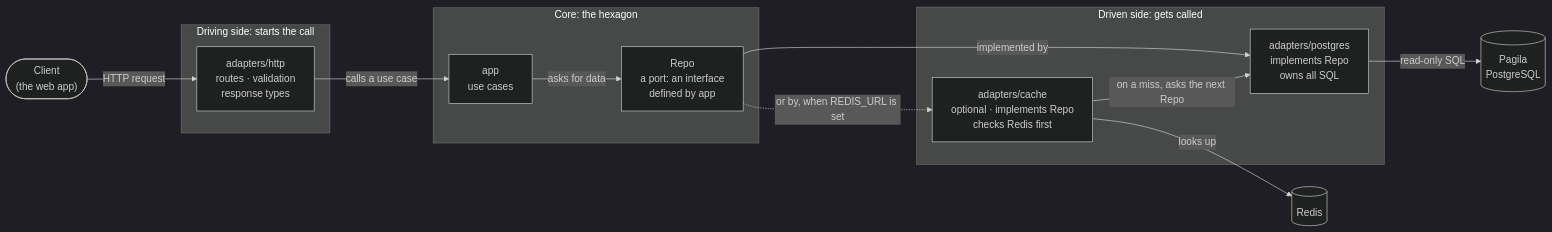
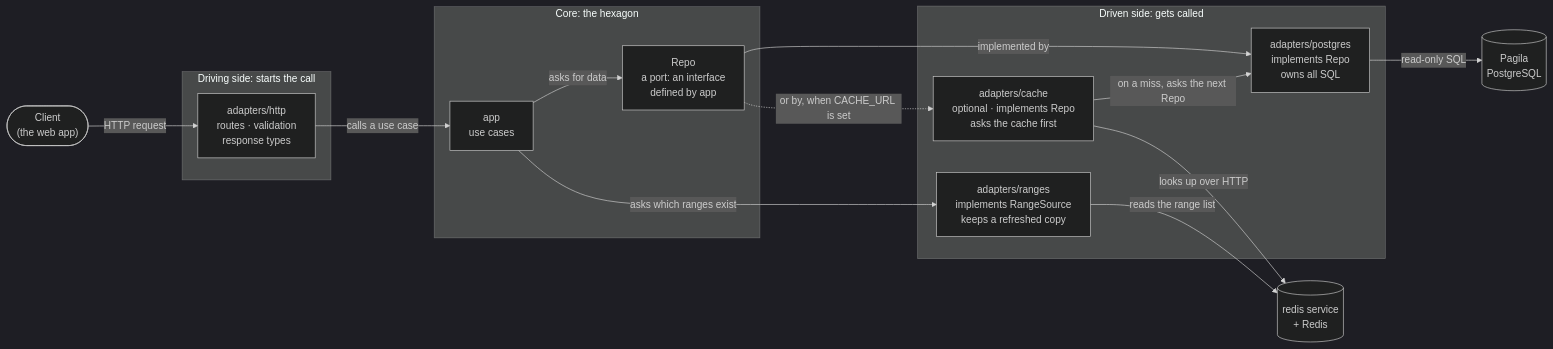
Before and after one commit to SangNguyen2810/store-operation: the third of 7 diagrams in README.md, drawn with Mermaid (dark theme). The commit also changed other lines of this file and 98 other files, not shown here.

````diff
--- a/README.md
+++ b/README.md
@@ -571,30 +630,33 @@
 ```mermaid
 flowchart LR
     client(["Client<br/>(the web app)"])
 
     subgraph driving ["Driving side: starts the call"]
         http["adapters/http<br/>routes · validation<br/>response types"]
     end
 
     subgraph core ["Core: the hexagon"]
         app["app<br/>use cases"]
         port["Repo<br/>a port: an interface<br/>defined by app"]
     end
 
     subgraph driven ["Driven side: gets called"]
-        cache["adapters/cache<br/>optional · implements Repo<br/>checks Redis first"]
+        cache["adapters/cache<br/>optional · implements Repo<br/>asks the cache first"]
+        ranges["adapters/ranges<br/>implements RangeSource<br/>keeps a refreshed copy"]
         pg["adapters/postgres<br/>implements Repo<br/>owns all SQL"]
     end
 
-    redis[("Redis")]
+    redis[("redis service<br/>+ Redis")]
     db[("Pagila<br/>PostgreSQL")]
 
     client -->|"HTTP request"| http
     http -->|"calls a use case"| app
     app -->|"asks for data"| port
     port -->|"implemented by"| pg
-    port -.->|"or by, when REDIS_URL is set"| cache
-    cache -->|"looks up"| redis
+    port -.->|"or by, when CACHE_URL is set"| cache
+    cache -->|"looks up over HTTP"| redis
+    ranges -->|"reads the range list"| redis
+    app -->|"asks which ranges exist"| ranges
     cache -->|"on a miss, asks the next Repo"| pg
     pg -->|"read-only SQL"| db
 ```
````
